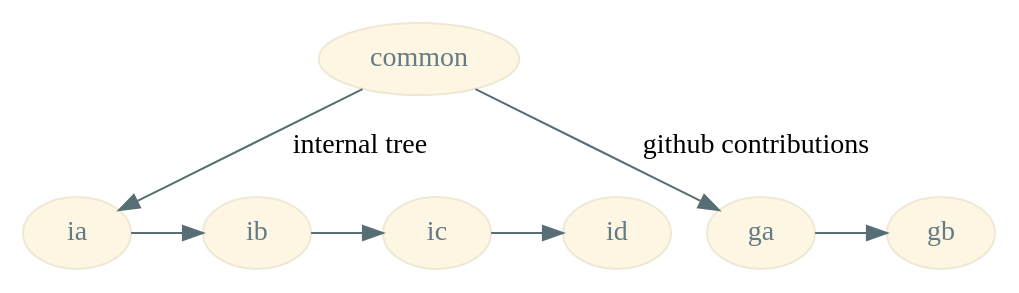
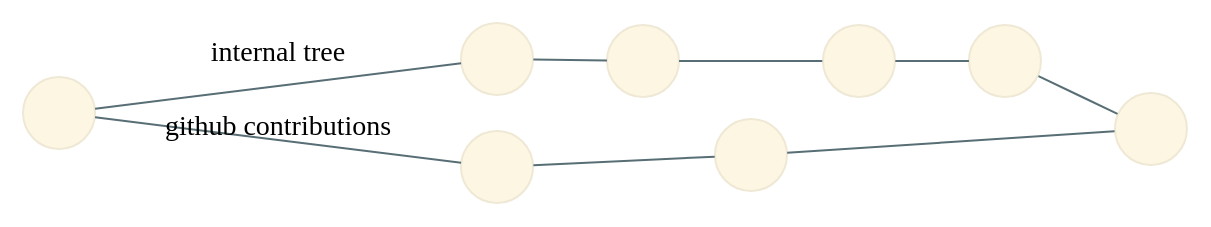
The diagram in report/src/img/branch-divergence/branch-divergence.dot (Makohoek/internship-report), drawn with Graphviz before and after one commit. The commit also changed 5 other files, not shown here.

Commit message:
sveral reworks: GANTT todo

```diff
--- a/report/src/img/branch-divergence/branch-divergence.dot
+++ b/report/src/img/branch-divergence/branch-divergence.dot
@@ -1,43 +1,46 @@
 /**
  * branch divergence with solarized light colorscheme
  *
  * <mattijs.korpershoek@gmail.com>
  */
 
 /*
  * Solarized colorscheme:
  * $base03:    #002b36;
  * $base02:    #073642;
  * $base01:    #586e75;
  * $base00:    #657b83;
  * $base0:     #839496;
  * $base1:     #93a1a1;
  * $base2:     #eee8d5;
  * $base3:     #fdf6e3;
  * $yellow:    #b58900;
  * $orange:    #cb4b16;
  * $red:       #dc322f;
  * $magenta:   #d33682;
  * $violet:    #6c71c4;
  * $blue:      #268bd2;
  * $cyan:      #2aa198;
  * $green:     #859900;
  * */
 graph hierarchy
 {
   size="15,15"
-    node[shape=ellipse,style=filled,fillcolor="#fdf6e3", fontcolor="#657b83", color="#eee8d5"]
-    edge[dir=forward, arrowtail=open, color="#586e75"]
+    node[shape=circle, label="", style=filled,fillcolor="#fdf6e3", fontcolor="#657b83", color="#eee8d5"]
+    edge[dir=none, arrowtail=none, color="#586e75"]
+    rankdir="LR"  //left to right ranking
+    splines=false // straight lines
 
 // internal tree
 common -- ia [label="internal tree"];
-ia -- ib -- ic -- id;
+ia -- ib -- ic -- id -- merge;
 
 // github changes
 common -- ga [label="github contributions"];
-ga -- gb;
+ga -- gb -- merge;
 
-{ rank=same; ia; ib; ic; id }
-{ rank=same; ga; gb }
+// let's align some nodes for a prettier effect
+// { rank=same; ia; ga; }
+// { rank=same; ic; gb; }
 
 }
```
